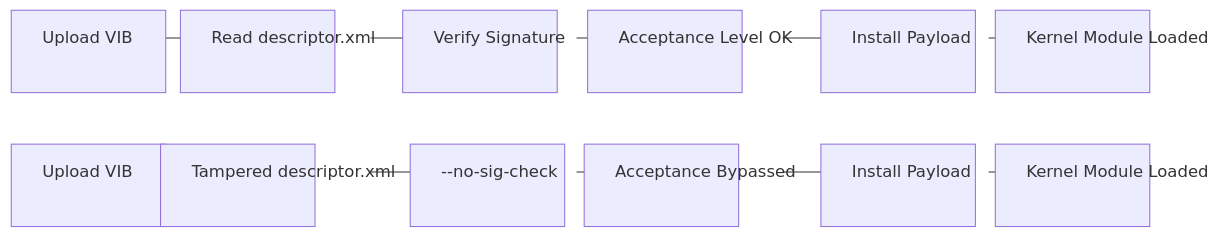
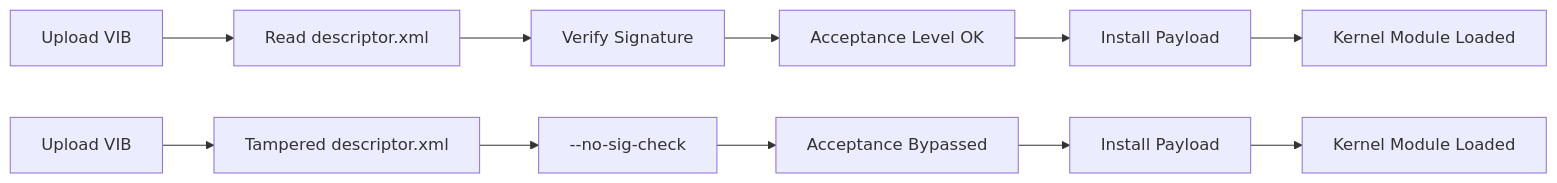
Before and after one commit to win64k/win64k.github.io: the second of 5 diagrams in _posts/2025-10-25-ESXi-Hypervisor-level-Attacks-and-Techniques.md, drawn with Mermaid. The commit also changed other lines of this file, not shown here.

````diff
--- a/_posts/2025-10-25-ESXi-Hypervisor-level-Attacks-and-Techniques.md
+++ b/_posts/2025-10-25-ESXi-Hypervisor-level-Attacks-and-Techniques.md
@@ -63,25 +61,23 @@
 ```mermaid
 flowchart LR
     %% Legitimate Path
     LEGIT1["Upload VIB"]
     LEGIT2["Read descriptor.xml"]
     LEGIT3["Verify Signature"]
     LEGIT4["Acceptance Level OK"]
     LEGIT5["Install Payload"]
     LEGIT6["Kernel Module Loaded"]
 
     %% Malicious Path
     MAL1["Upload VIB"]
     MAL2["Tampered descriptor.xml"]
     MAL3["--no-sig-check"]
     MAL4["Acceptance Bypassed"]
     MAL5["Install Payload"]
     MAL6["Kernel Module Loaded"]
 
     %% Flows
     LEGIT1 --> LEGIT2 --> LEGIT3 --> LEGIT4 --> LEGIT5 --> LEGIT6
     MAL1 --> MAL2 --> MAL3 --> MAL4 --> MAL5 --> MAL6
 
-    %% Make nodes larger
-    classDef default width:150px,height:80px
 ```
````
